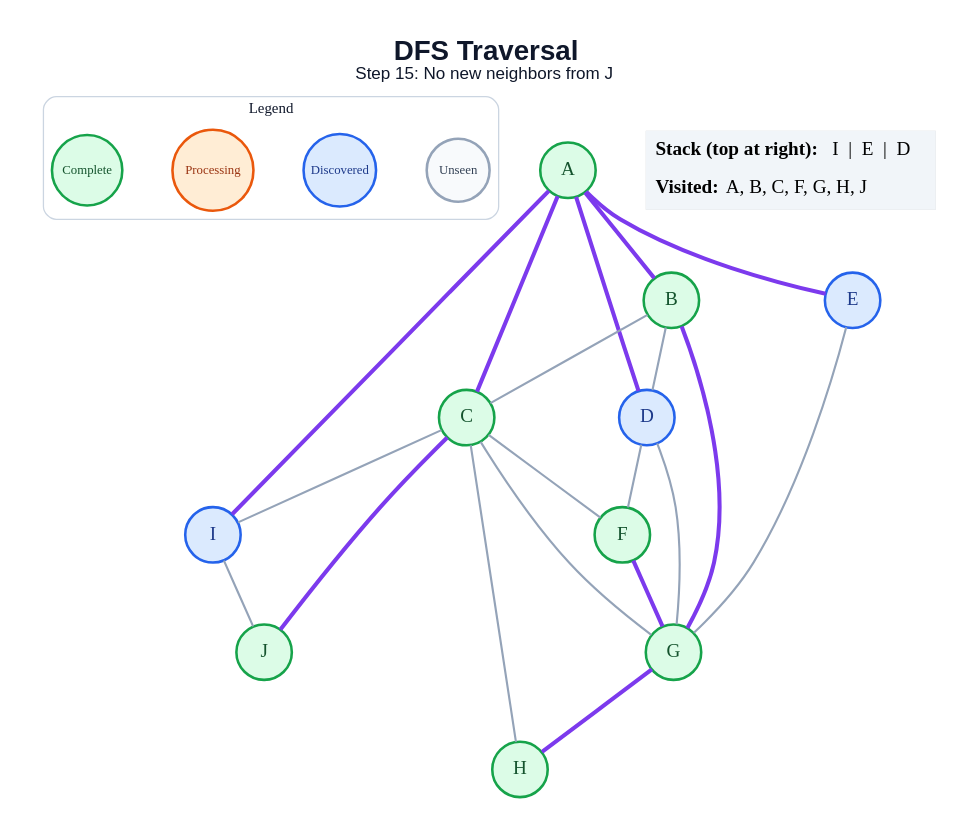
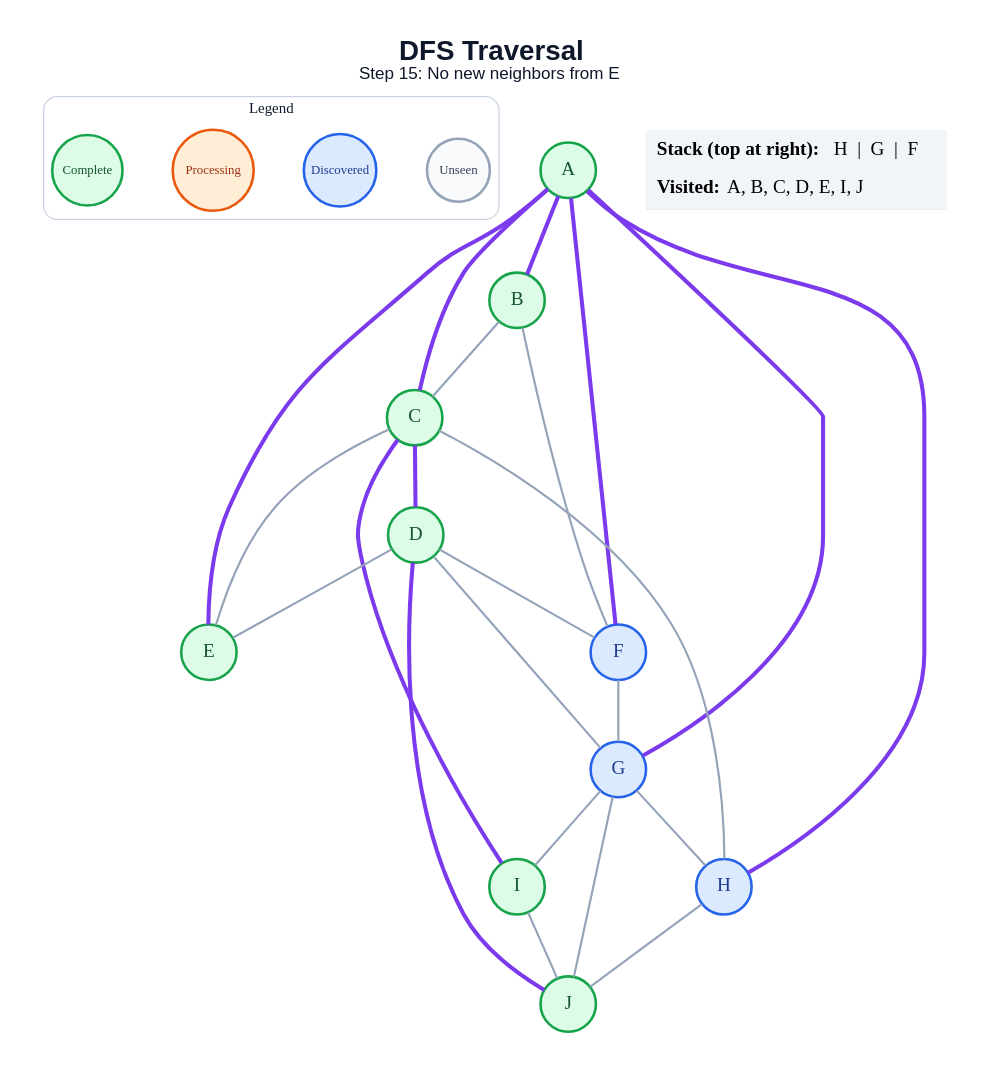
One commit to anon7238593-create/ai-slop changed the diagram in generated/dfs/step_15.dot. Above: the diagram before and after it, drawn with Graphviz. The commit also changed 171 other files, not shown here.

```diff
--- a/generated/dfs/step_15.dot
+++ b/generated/dfs/step_15.dot
@@ -1,48 +1,51 @@
 graph traversal {
   graph [layout=dot, rankdir=TB, bgcolor="#FFFFFF", pad="0.35", nodesep="0.65", ranksep="0.8", fontname="Arial"];
   node [shape=circle, style="filled", fontname="Arial Bold", fontsize=18, width=0.72, fixedsize=true, penwidth=2.4];
   edge [color="#94A3B8", penwidth=2.0];
-  label=<<B>DFS Traversal</B><BR/><FONT POINT-SIZE="16">Step 15: No new neighbors from J</FONT>>; labelloc="t"; fontsize=26; fontname="Arial"; fontcolor="#0F172A";
+  label=<<B>DFS Traversal</B><BR/><FONT POINT-SIZE="16">Step 15: No new neighbors from E</FONT>>; labelloc="t"; fontsize=26; fontname="Arial"; fontcolor="#0F172A";
   subgraph cluster_legend { label="Legend"; color="#CBD5E1"; penwidth=1.2; style="rounded"; fontsize=14; fontname="Arial Bold";
     key_unseen [label="Unseen", fillcolor="#F8FAFC", color="#94A3B8", fontcolor="#334155", fontsize=12, width=0.82];
     key_frontier [label="Discovered", fillcolor="#DBEAFE", color="#2563EB", fontcolor="#1E3A8A", fontsize=12, width=0.95];
     key_current [label="Processing", fillcolor="#FFEDD5", color="#EA580C", fontcolor="#9A3412", fontsize=12, width=1.05];
     key_done [label="Complete", fillcolor="#DCFCE7", color="#16A34A", fontcolor="#14532D", fontsize=12, width=0.92];
     { rank=same; key_unseen; key_frontier; key_current; key_done; }
   }
   A [fillcolor="#DCFCE7", color="#16A34A", fontcolor="#14532D"];
   B [fillcolor="#DCFCE7", color="#16A34A", fontcolor="#14532D"];
   C [fillcolor="#DCFCE7", color="#16A34A", fontcolor="#14532D"];
-  D [fillcolor="#DBEAFE", color="#2563EB", fontcolor="#1E3A8A"];
-  E [fillcolor="#DBEAFE", color="#2563EB", fontcolor="#1E3A8A"];
-  F [fillcolor="#DCFCE7", color="#16A34A", fontcolor="#14532D"];
-  G [fillcolor="#DCFCE7", color="#16A34A", fontcolor="#14532D"];
-  H [fillcolor="#DCFCE7", color="#16A34A", fontcolor="#14532D"];
-  I [fillcolor="#DBEAFE", color="#2563EB", fontcolor="#1E3A8A"];
+  D [fillcolor="#DCFCE7", color="#16A34A", fontcolor="#14532D"];
+  E [fillcolor="#DCFCE7", color="#16A34A", fontcolor="#14532D"];
+  F [fillcolor="#DBEAFE", color="#2563EB", fontcolor="#1E3A8A"];
+  G [fillcolor="#DBEAFE", color="#2563EB", fontcolor="#1E3A8A"];
+  H [fillcolor="#DBEAFE", color="#2563EB", fontcolor="#1E3A8A"];
+  I [fillcolor="#DCFCE7", color="#16A34A", fontcolor="#14532D"];
   J [fillcolor="#DCFCE7", color="#16A34A", fontcolor="#14532D"];
   A -- B [color="#7C3AED", penwidth=3.8];
   A -- C [color="#7C3AED", penwidth=3.8];
-  A -- D [color="#7C3AED", penwidth=3.8];
   A -- E [color="#7C3AED", penwidth=3.8];
-  A -- I [color="#7C3AED", penwidth=3.8];
+  A -- F [color="#7C3AED", penwidth=3.8];
+  A -- G [color="#7C3AED", penwidth=3.8];
+  A -- H [color="#7C3AED", penwidth=3.8];
   B -- C;
-  B -- D;
-  B -- G [color="#7C3AED", penwidth=3.8];
-  C -- F;
-  C -- G;
+  B -- F;
+  C -- D [color="#7C3AED", penwidth=3.8];
+  C -- E;
   C -- H;
-  C -- I;
-  C -- J [color="#7C3AED", penwidth=3.8];
+  C -- I [color="#7C3AED", penwidth=3.8];
+  D -- E;
   D -- F;
   D -- G;
-  E -- G;
-  F -- G [color="#7C3AED", penwidth=3.8];
-  G -- H [color="#7C3AED", penwidth=3.8];
+  D -- J [color="#7C3AED", penwidth=3.8];
+  F -- G;
+  G -- H;
+  G -- I;
+  G -- J;
+  H -- J;
   I -- J;
   status [shape=plain, fixedsize=false, width=0, height=0, margin=0, label=<
     <TABLE BORDER="0" CELLBORDER="0" CELLPADDING="7" BGCOLOR="#F1F5F9">
-      <TR><TD ALIGN="LEFT"><B>Stack (top at right):</B> I  |  E  |  D</TD></TR>
-      <TR><TD ALIGN="LEFT"><B>Visited:</B> A, B, C, F, G, H, J</TD></TR>
+      <TR><TD ALIGN="LEFT"><B>Stack (top at right):</B> H  |  G  |  F</TD></TR>
+      <TR><TD ALIGN="LEFT"><B>Visited:</B> A, B, C, D, E, I, J</TD></TR>
     </TABLE>
   >];
 }
```
